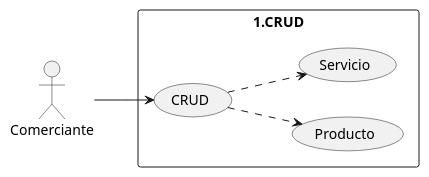
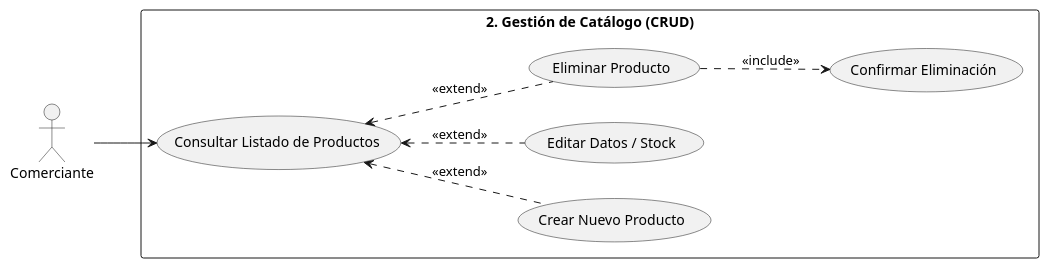
The diagram in 2.Gestión de Catálogo (CRUD).puml (cnordia/Casos-de-usos), drawn with PlantUML before and after one commit. The commit also changed 12 other files, not shown here.

```diff
--- a/2.Gestión de Catálogo (CRUD).puml
+++ b/2.Gestión de Catálogo (CRUD).puml
@@ -1,25 +1,26 @@
 @startuml
 left to right direction
 skinparam packageStyle rectangle
 
-actor "Comerciante" as C
+actor "Comerciante" as M
+
+rectangle "2. Gestión de Catálogo (CRUD)" {
+  
+  (Consultar Listado de Productos) as UC_Leer
+(Crear Nuevo Producto) as UC_Crear
+  (Editar Datos / Stock) as UC_Editar
+  (Eliminar Producto) as UC_Eliminar
+  
+  (Confirmar Eliminación) as UC_Confirmar
+}
+
+M --> UC_Leer
 
 
-rectangle "1.CRUD" {
-  
-  (CRUD) as UC1
-  (Producto) as UC2
-  (Servicio) as UC3
-  
- }
-  
+UC_Leer <.. UC_Crear : <<extend>>
+UC_Leer <.. UC_Editar : <<extend>>
+UC_Leer <.. UC_Eliminar : <<extend>>
 
-C --> UC1
-
-
-
-UC1 ..> UC2
-UC1 ..> UC3
-
+UC_Eliminar ..> UC_Confirmar : <<include>>
 
 @enduml
```
